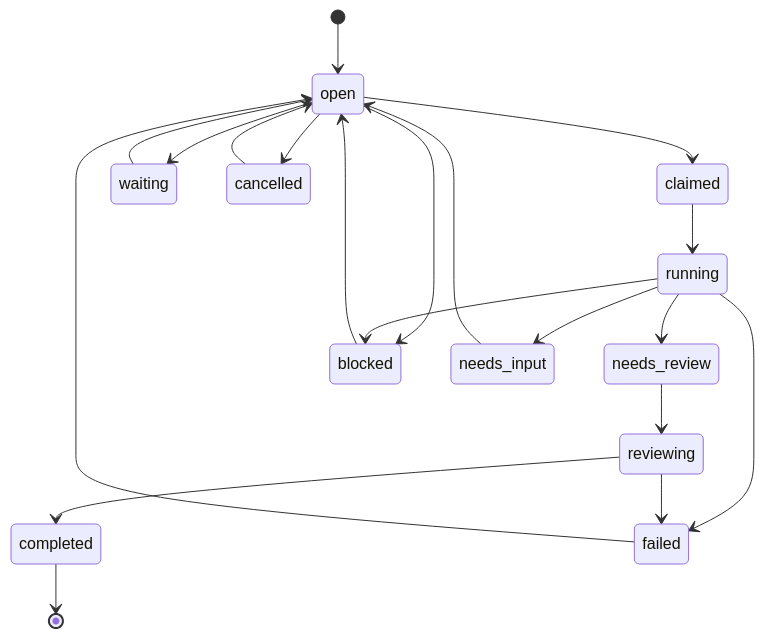
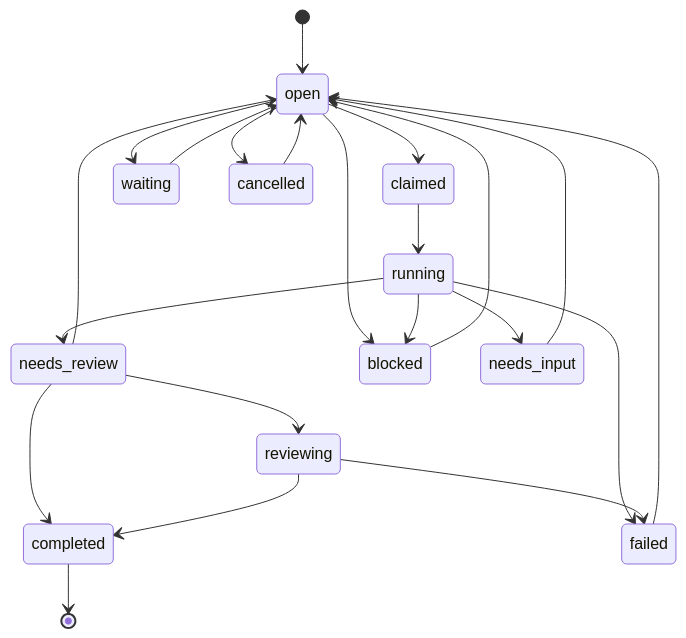
One commit to jordanhubbard/mac changed the third of 5 diagrams in docs/guide/01-architecture.md. Above: the diagram before and after it, drawn with Mermaid. The commit also changed other lines of this file and 46 other files, not shown here.

````diff
--- a/docs/guide/01-architecture.md
+++ b/docs/guide/01-architecture.md
@@ -109,25 +109,27 @@
 ```mermaid
 stateDiagram-v2
     [*] --> open
     open --> claimed
     claimed --> running
     running --> needs_review
+    needs_review --> completed
+    needs_review --> open
     needs_review --> reviewing
     reviewing --> completed
 
     open --> waiting
     open --> blocked
     running --> blocked
     running --> needs_input
     needs_input --> open
     blocked --> open
     waiting --> open
 
     running --> failed
     reviewing --> failed
     failed --> open
     open --> cancelled
     cancelled --> open
 
     completed --> [*]
 ```
````
